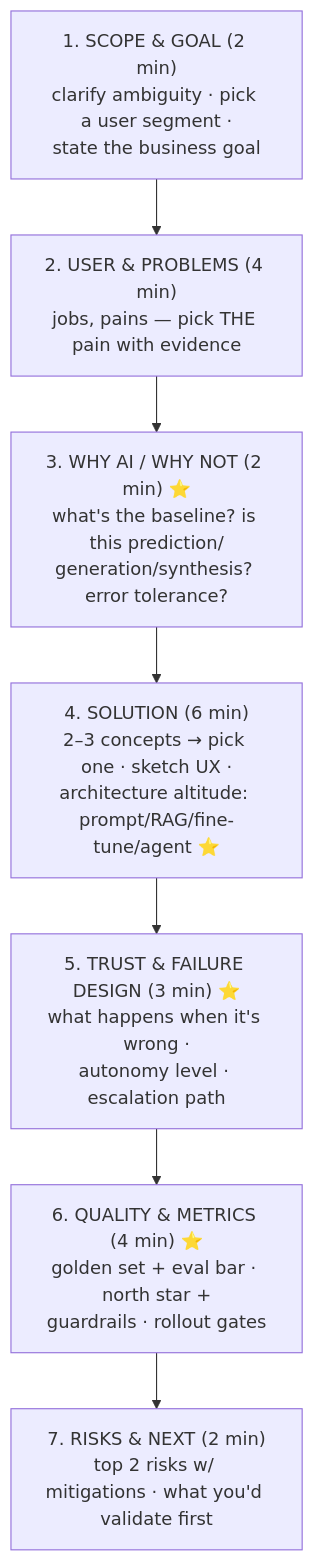
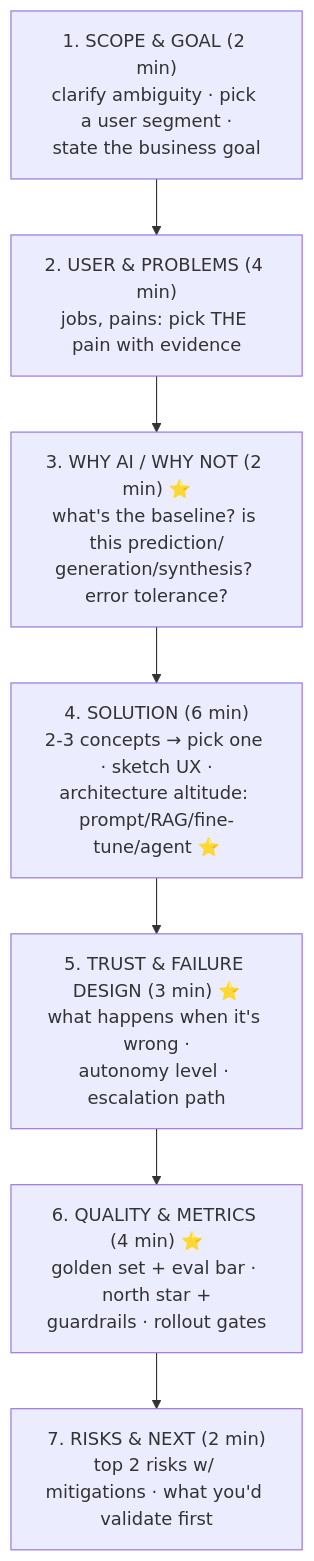
Before and after one commit to sugirdadinakar/AI-for-Product-Managers: the diagram in 07-interview-prep/answer-frameworks.md, drawn with Mermaid. The commit also changed other lines of this file and 59 other files, not shown here.

````diff
--- a/07-interview-prep/answer-frameworks.md
+++ b/07-interview-prep/answer-frameworks.md
@@ -11,9 +11,9 @@
 ```mermaid
 flowchart TD
-    A["1. SCOPE & GOAL (2 min)<br/>clarify ambiguity · pick a user segment ·<br/>state the business goal"] --> B["2. USER & PROBLEMS (4 min)<br/>jobs, pains — pick THE pain with evidence"]
+    A["1. SCOPE & GOAL (2 min)<br/>clarify ambiguity · pick a user segment ·<br/>state the business goal"] --> B["2. USER & PROBLEMS (4 min)<br/>jobs, pains: pick THE pain with evidence"]
     B --> C["3. WHY AI / WHY NOT (2 min) ⭐<br/>what's the baseline? is this prediction/<br/>generation/synthesis? error tolerance?"]
-    C --> D["4. SOLUTION (6 min)<br/>2–3 concepts → pick one · sketch UX ·<br/>architecture altitude: prompt/RAG/fine-tune/agent ⭐"]
+    C --> D["4. SOLUTION (6 min)<br/>2-3 concepts → pick one · sketch UX ·<br/>architecture altitude: prompt/RAG/fine-tune/agent ⭐"]
     D --> E["5. TRUST & FAILURE DESIGN (3 min) ⭐<br/>what happens when it's wrong ·<br/>autonomy level · escalation path"]
     E --> F["6. QUALITY & METRICS (4 min) ⭐<br/>golden set + eval bar · north star +<br/>guardrails · rollout gates"]
     F --> G["7. RISKS & NEXT (2 min)<br/>top 2 risks w/ mitigations · what you'd validate first"]
 ```
````
